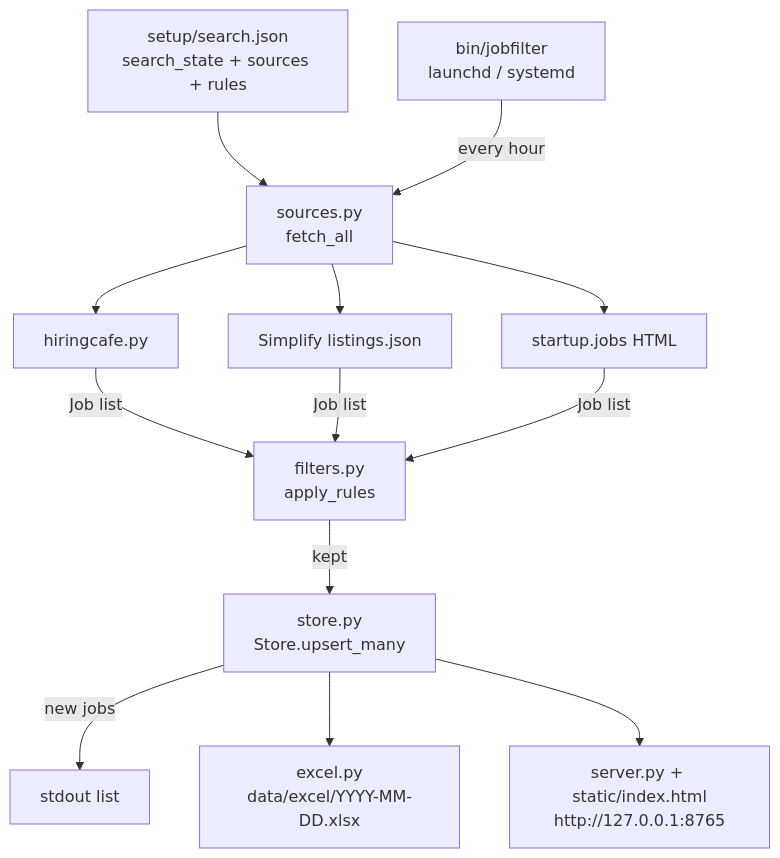
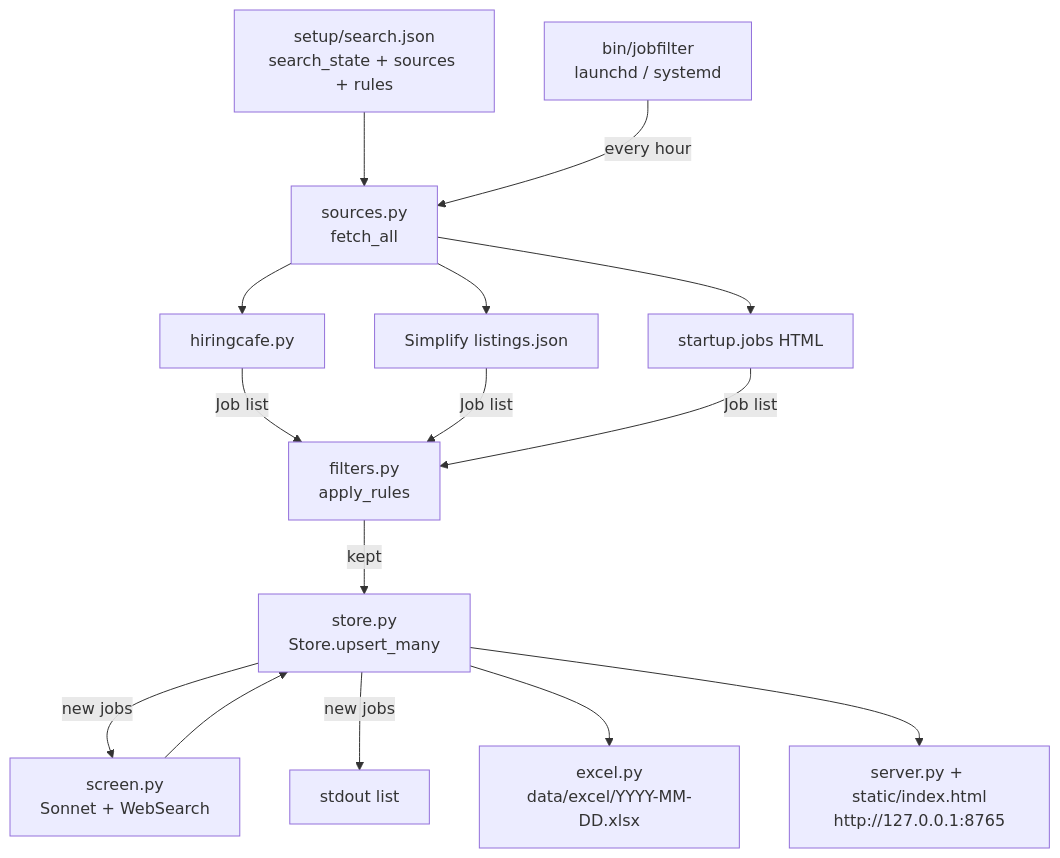
Before and after one commit to zhuyuezx/JobAppBot: the diagram in jobFilter/README.md, drawn with Mermaid. The commit also changed other lines of this file and 9 other files, not shown here.

````diff
--- a/jobFilter/README.md
+++ b/jobFilter/README.md
@@ -7,11 +7,13 @@
 ```mermaid
 flowchart TD
     A[setup/search.json<br/>search_state + sources + rules] --> B[sources.py<br/>fetch_all]
     B --> B1[hiringcafe.py] & B2[Simplify listings.json] & B3[startup.jobs HTML]
     B1 & B2 & B3 -->|Job list| D[filters.py<br/>apply_rules]
     D -->|kept| E[store.py<br/>Store.upsert_many]
+    E -->|new jobs| SC[screen.py<br/>Sonnet + WebSearch]
+    SC --> E
     E -->|new jobs| F[stdout list]
     E --> G[excel.py<br/>data/excel/YYYY-MM-DD.xlsx]
     E --> H[server.py + static/index.html<br/>http://127.0.0.1:8765]
     S[bin/jobfilter<br/>launchd / systemd] -->|every hour| B
 ```
````
